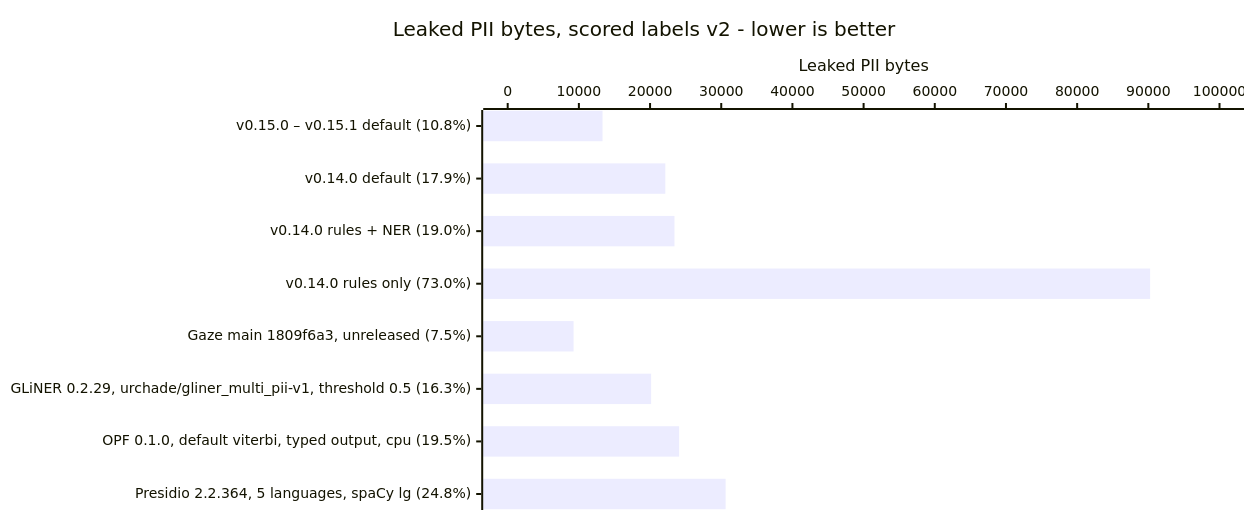
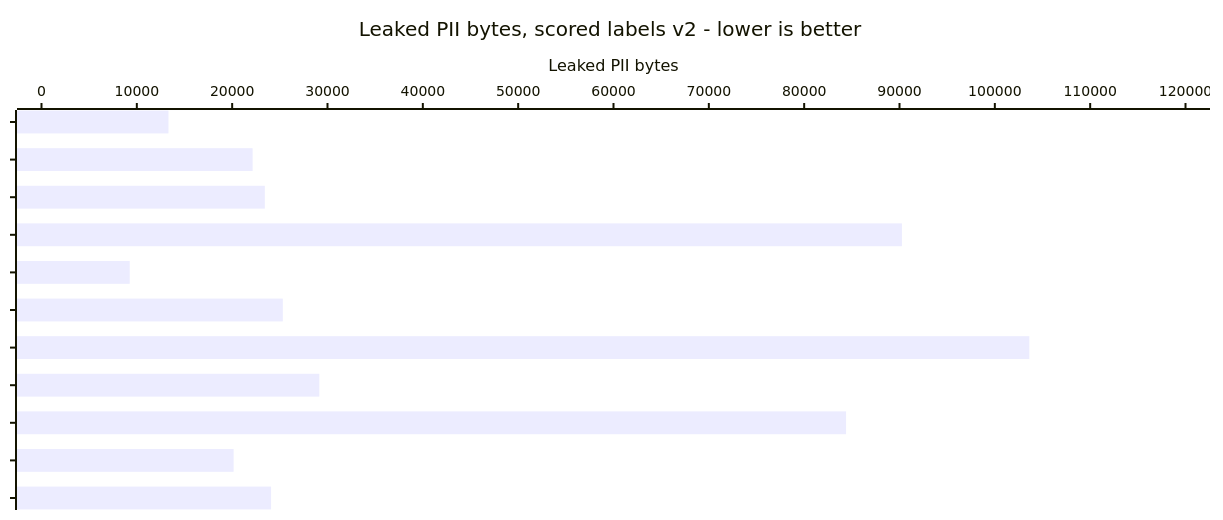
Before and after one commit to CertaMesh/gaze: the second of 3 diagrams in README.md, drawn with Mermaid. The commit also changed other lines of this file and 24 other files, not shown here.

````diff
--- a/README.md
+++ b/README.md
@@ -45,8 +45,8 @@
 ```mermaid
 %%{init: {'xyChart': {'width': 1200, 'height': 500}}}%%
 xychart-beta horizontal
     title "Leaked PII bytes, scored labels v2 - lower is better"
-    x-axis ["v0.15.0 – v0.15.1 default (10.8%)", "v0.14.0 default (17.9%)", "v0.14.0 rules + NER (19.0%)", "v0.14.0 rules only (73.0%)", "Gaze main 1809f6a3, unreleased (7.5%)", "GLiNER 0.2.29, urchade/gliner_multi_pii-v1, threshold 0.5 (16.3%)", "OPF 0.1.0, default viterbi, typed output, cpu (19.5%)", "Presidio 2.2.364, 5 languages, spaCy lg (24.8%)"]
-    y-axis "Leaked PII bytes" 0 --> 100000
-    bar [13319, 22144, 23428, 90253, 9256, 20152, 24080, 30615]
+    x-axis ["v0.15.0 – v0.15.1 default (10.8%)", "v0.14.0 default (17.9%)", "v0.14.0 rules + NER (19.0%)", "v0.14.0 rules only (73.0%)", "Gaze main a2f6fefd, unreleased (7.5%)", "Presidio 2.2.364, 5 languages, English transformer + spaCy lg, all applicable recognizers (20.5%)", "DataFog Core 0.3.0, built-in recognizers (83.8%)", "DataFog Python 4.8.1, spacy engine (23.6%)", "scrubadub 2.0.0 + spaCy en_core_web_lg (68.3%)", "GLiNER 0.2.29, urchade/gliner_multi_pii-v1, threshold 0.5 (16.3%)", "OPF 0.1.0, default viterbi, typed output, cpu (19.5%)"]
+    y-axis "Leaked PII bytes" 0 --> 120000
+    bar [13319, 22144, 23428, 90253, 9256, 25314, 103617, 29142, 84397, 20152, 24080]
 ```
````
